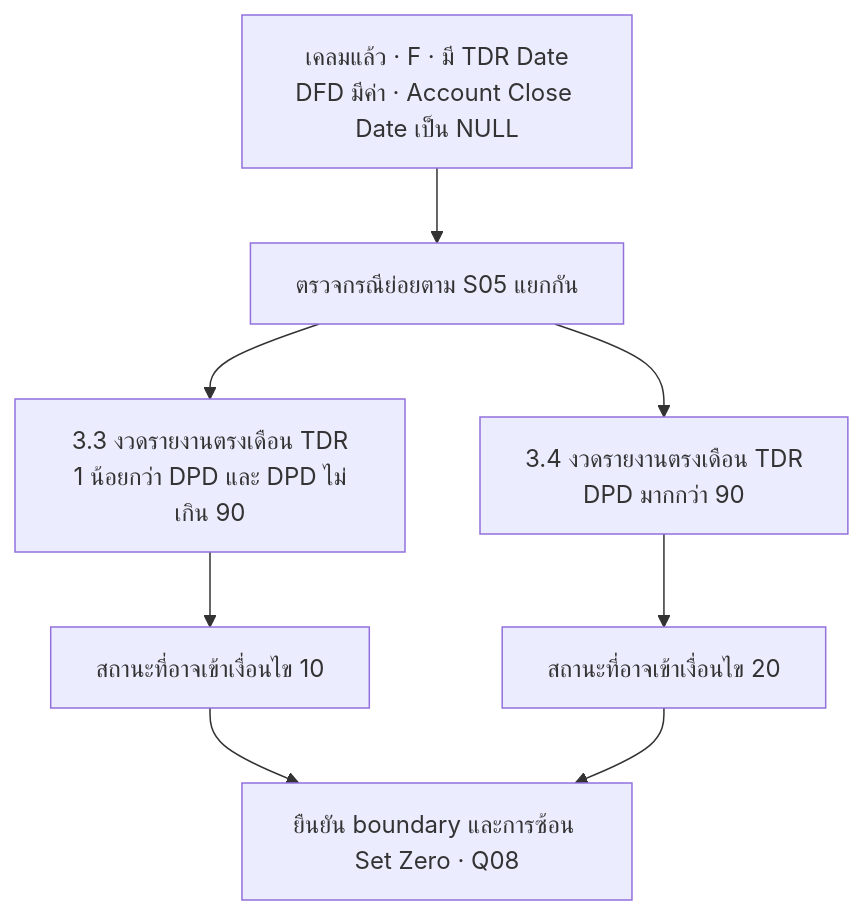
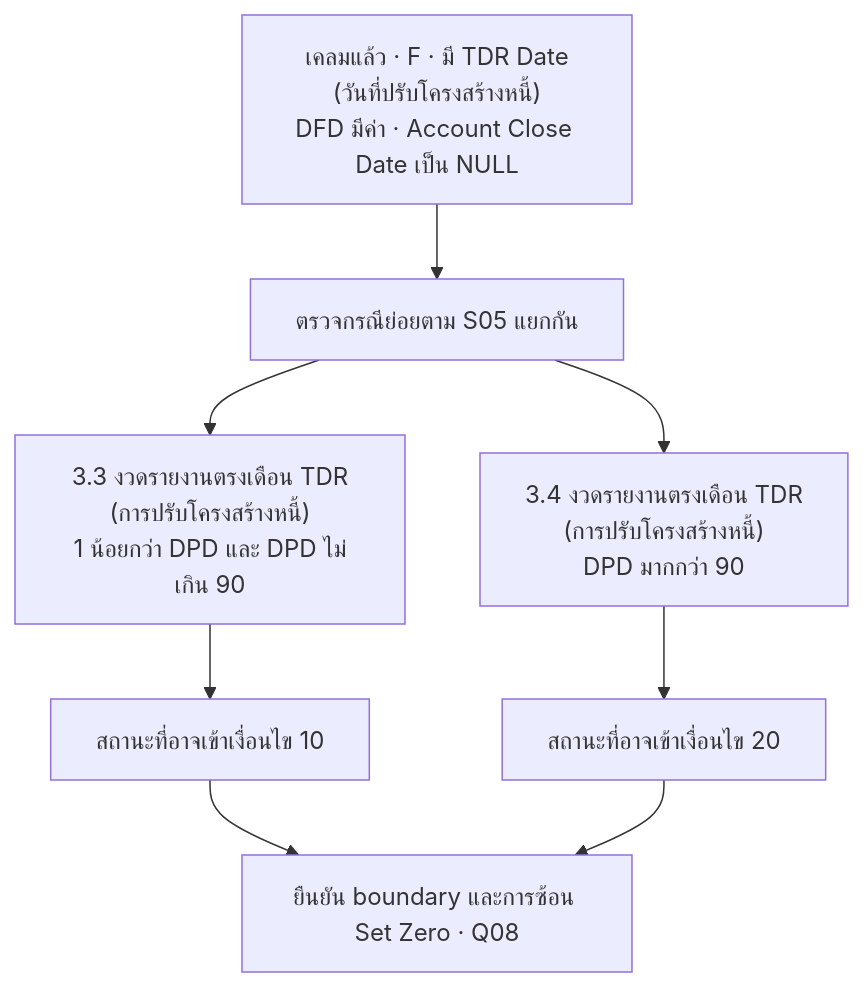
One commit to yukasung/eodncb changed the sixth of 10 diagrams in app/account-status/page.mdx. Above: the diagram before and after it, drawn with Mermaid. The commit also changed other lines of this file and 14 other files, not shown here.

````diff
--- a/app/account-status/page.mdx
+++ b/app/account-status/page.mdx
@@ -211,10 +211,10 @@
 ```mermaid
 flowchart TD
-    A[เคลมแล้ว · F · มี TDR Date<br/>DFD มีค่า · Account Close Date เป็น NULL] --> B[ตรวจกรณีย่อยตาม S05 แยกกัน]
-    B --> C[3.3 งวดรายงานตรงเดือน TDR<br/>1 น้อยกว่า DPD และ DPD ไม่เกิน 90]
-    B --> D[3.4 งวดรายงานตรงเดือน TDR<br/>DPD มากกว่า 90]
+    A["เคลมแล้ว · F · มี TDR Date<br/>(วันที่ปรับโครงสร้างหนี้)<br/>DFD มีค่า · Account Close Date เป็น NULL"] --> B[ตรวจกรณีย่อยตาม S05 แยกกัน]
+    B --> C["3.3 งวดรายงานตรงเดือน TDR<br/>(การปรับโครงสร้างหนี้)<br/>1 น้อยกว่า DPD และ DPD ไม่เกิน 90"]
+    B --> D["3.4 งวดรายงานตรงเดือน TDR<br/>(การปรับโครงสร้างหนี้)<br/>DPD มากกว่า 90"]
     C --> E[สถานะที่อาจเข้าเงื่อนไข 10]
     D --> F[สถานะที่อาจเข้าเงื่อนไข 20]
     E --> Q[ยืนยัน boundary และการซ้อน Set Zero · Q08]
     F --> Q
 ```
````
